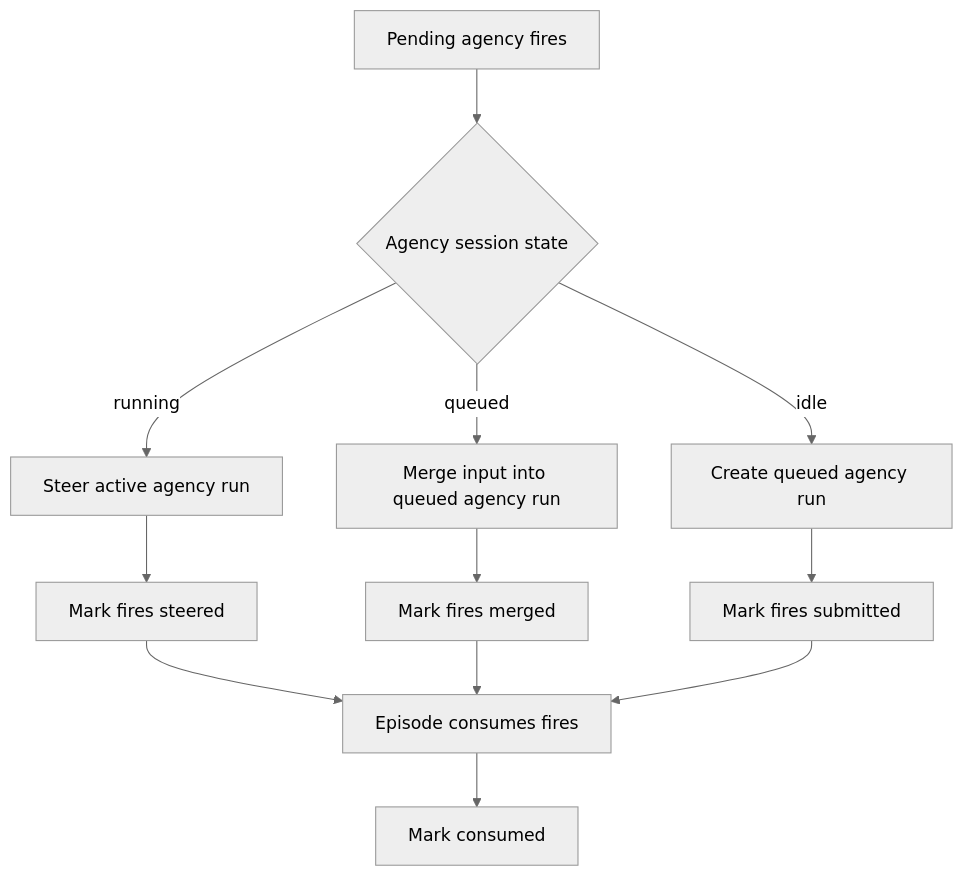
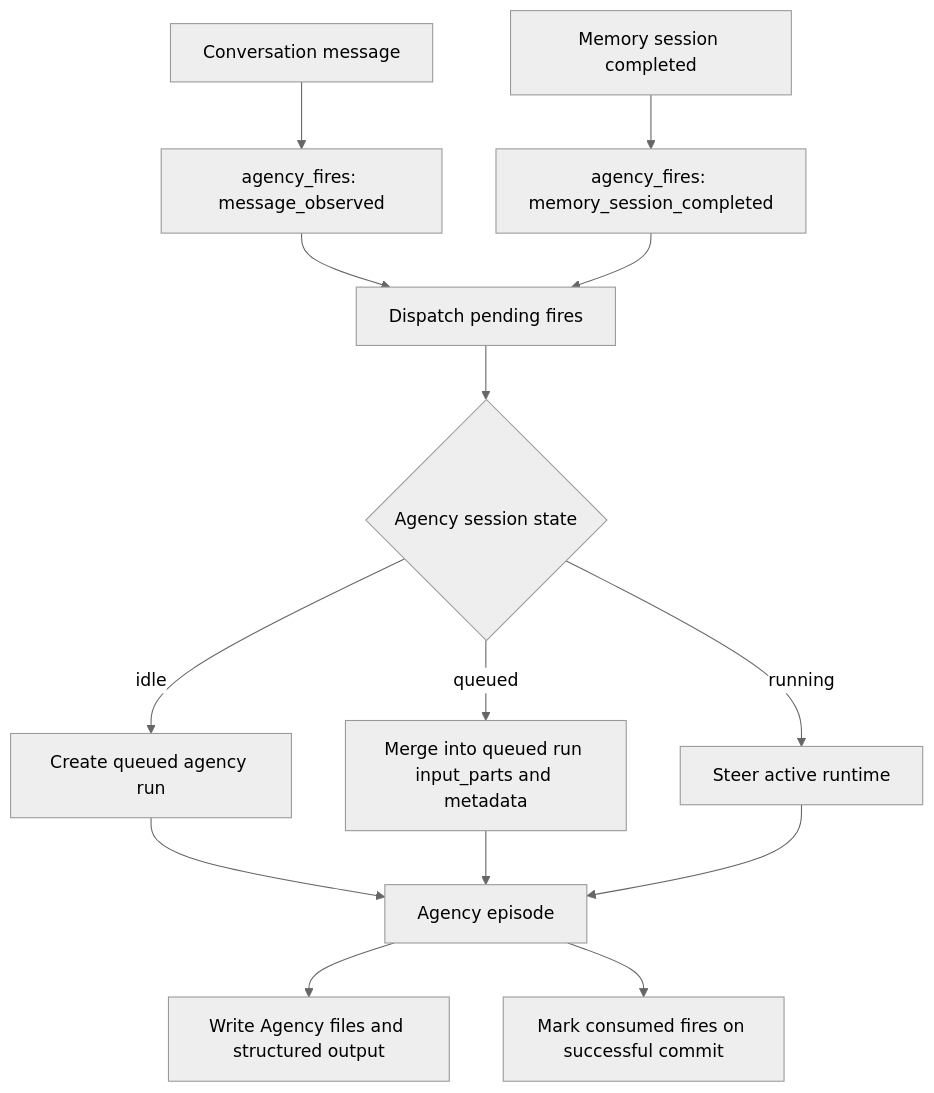
The diagram in packages/ya-claw/spec/11-session-agency.md (Alexsu26/ya-mono), drawn with Mermaid (neutral theme) before and after one commit. The commit also changed other lines of this file and 32 other files, not shown here.

First line of the commit message:
refactor(ya-claw): move agency fires to episode sessions (#245)

````diff
--- a/packages/ya-claw/spec/11-session-agency.md
+++ b/packages/ya-claw/spec/11-session-agency.md
@@ -244,14 +39,16 @@
 ```mermaid
 flowchart TD
-    F[Pending agency fires] --> A{Agency session state}
-    A -->|running| R[Steer active agency run]
-    A -->|queued| M[Merge input into queued agency run]
-    A -->|idle| C[Create queued agency run]
-    R --> RS[Mark fires steered]
-    M --> MS[Mark fires merged]
-    C --> CS[Mark fires submitted]
-    RS --> E[Episode consumes fires]
-    MS --> E
-    CS --> E
-    E --> X[Mark consumed]
+    MSG[Conversation message] --> MF[agency_fires: message_observed]
+    MEM[Memory session completed] --> FF[agency_fires: memory_session_completed]
+    MF --> P[Dispatch pending fires]
+    FF --> P
+    P --> S{Agency session state}
+    S -->|idle| R[Create queued agency run]
+    S -->|queued| Q[Merge into queued run input_parts and metadata]
+    S -->|running| T[Steer active runtime]
+    R --> A[Agency episode]
+    Q --> A
+    T --> A
+    A --> LOG[Write Agency files and structured output]
+    A --> DONE[Mark consumed fires on successful commit]
 ```
````
